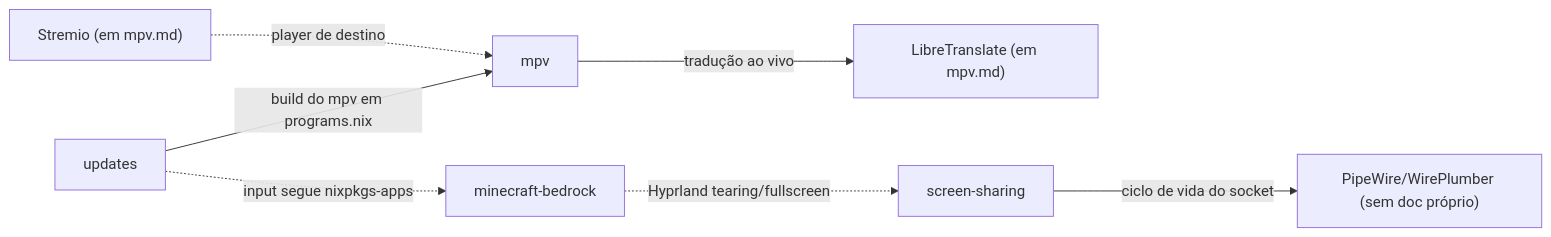
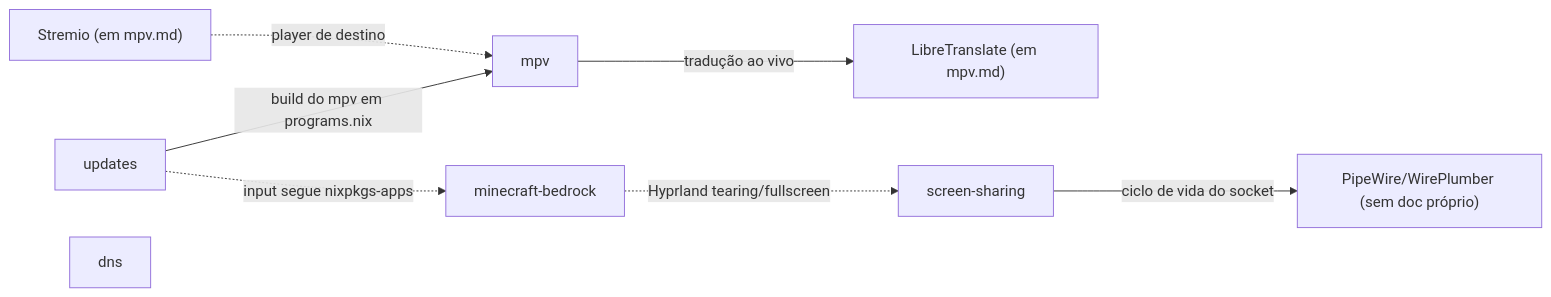
One commit to aliceComH/nixos changed the diagram in .agents/knowledge/_index.md. Above: the diagram before and after it, drawn with Mermaid. The commit also changed other lines of this file and 4 other files, not shown here.

````diff
--- a/.agents/knowledge/_index.md
+++ b/.agents/knowledge/_index.md
@@ -26,17 +27,18 @@
 ```mermaid
 graph LR
     mpv["mpv"]
     libretranslate["LibreTranslate (em mpv.md)"]
     stremio["Stremio (em mpv.md)"]
     screenSharing["screen-sharing"]
     pipewire["PipeWire/WirePlumber (sem doc próprio)"]
     bedrock["minecraft-bedrock"]
     updates["updates"]
+    dns["dns"]
 
     mpv -->|"tradução ao vivo"| libretranslate
     stremio -.->|"player de destino"| mpv
     screenSharing -->|"ciclo de vida do socket"| pipewire
     bedrock -.->|"Hyprland tearing/fullscreen"| screenSharing
     updates -->|"build do mpv em programs.nix"| mpv
     updates -.->|"input segue nixpkgs-apps"| bedrock
 ```
````
